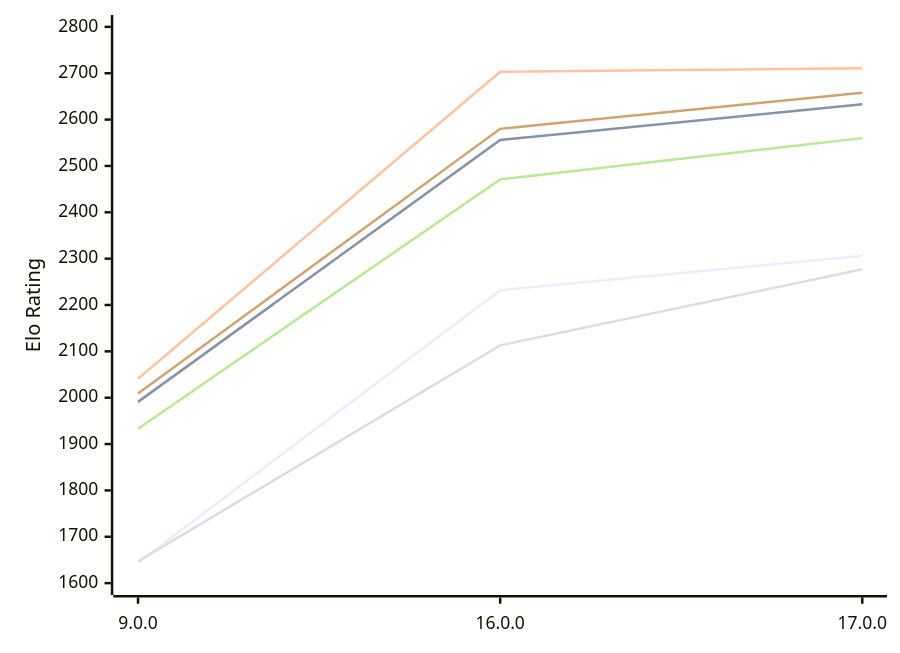
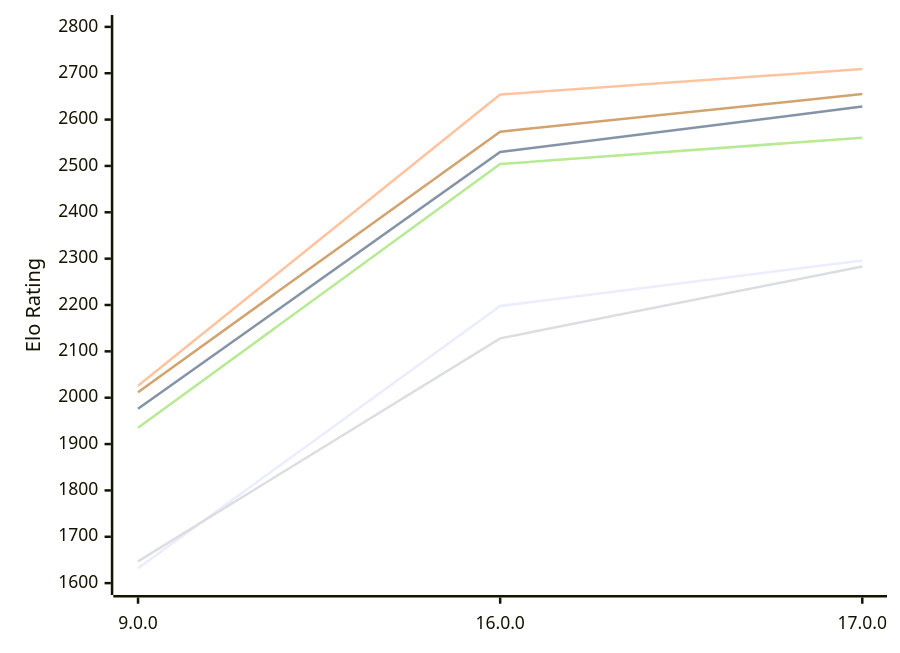
Before and after one commit to computer-chess-index/cci: the first of 2 diagrams in engines/Cepimetheus.md, drawn with Mermaid. The commit also changed other lines of this file, not shown here.

Commit message:
Update CCI Ratings (ELO VLTC) - 2026-11-15

````diff
--- a/engines/Cepimetheus.md
+++ b/engines/Cepimetheus.md
@@ -64,12 +64,12 @@
 ```mermaid
 %%{init: {"theme":"base","themeVariables":{"seriesColors:['#a3a3a3','#222221','#faa371']}}}%%
 xychart-beta
   x-axis ["9.0.0", "16.0.0", "17.0.0"]
   y-axis "Elo Rating" 1600 --> 2800
-  line "E1: STC (8.0+0.08s)" [1644, 2232, 2306]
-  line "E1: LTC (60.0+0.60s)" [1991, 2556, 2633]
-  line "E1: VLTC (2m24s+1.12s)" [2041, 2703, 2711]
-  line "P1: STC (8.0+0.08s)" [1647, 2113, 2277]
-  line "P1: LTC (60.0+0.60s)" [1933, 2471, 2560]
-  line "P1: VLTC (2m24s+1.12s)" [2009, 2580, 2658]
+  line "E1: STC (8.0+0.08s)" [1632, 2198, 2296]
+  line "E1: LTC (60.0+0.60s)" [1976, 2530, 2628]
+  line "E1: VLTC (2m24s+1.12s)" [2026, 2654, 2709]
+  line "P1: STC (8.0+0.08s)" [1647, 2128, 2283]
+  line "P1: LTC (60.0+0.60s)" [1935, 2504, 2561]
+  line "P1: VLTC (2m24s+1.12s)" [2012, 2574, 2655]
 ```
````
